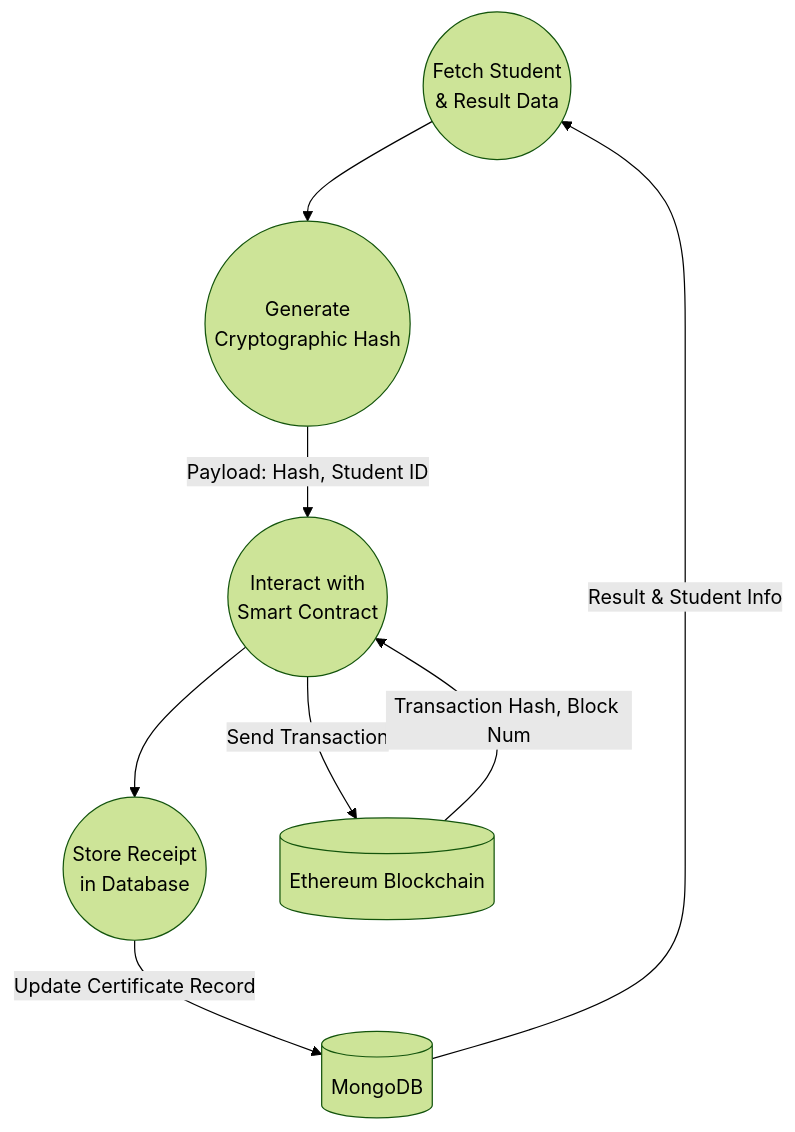
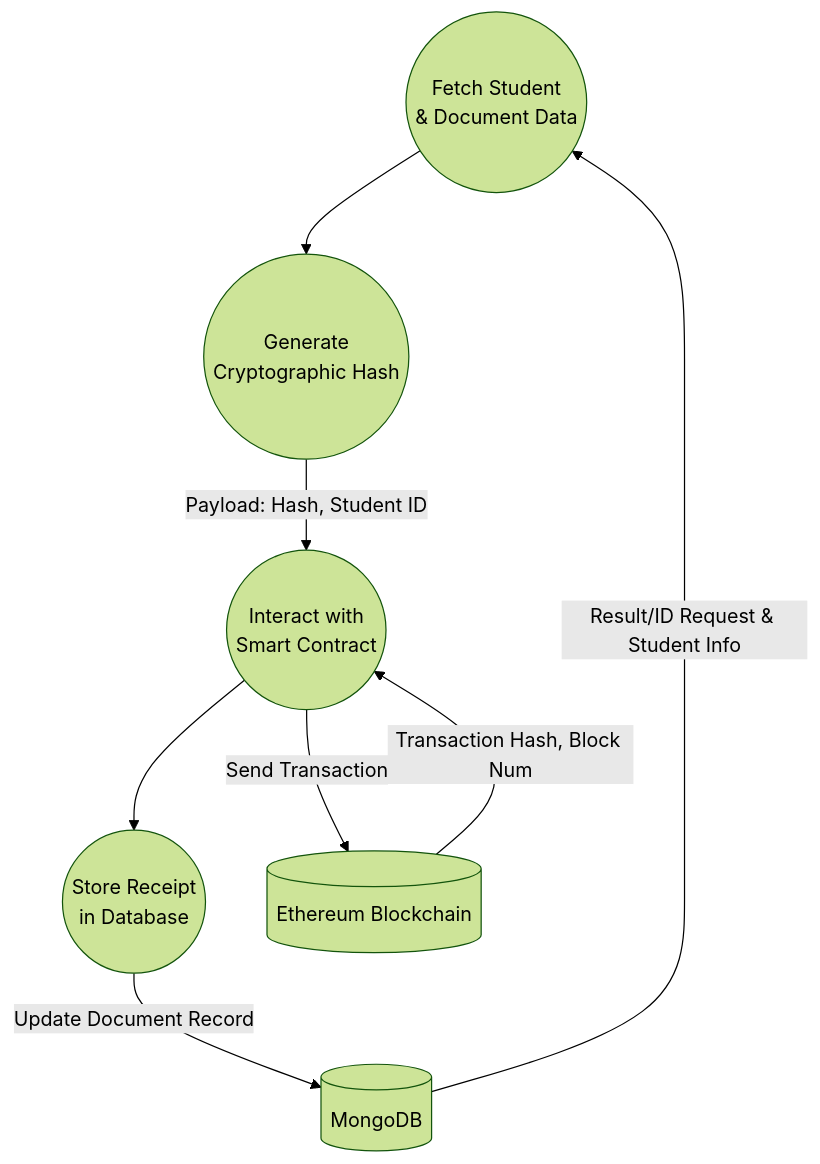
The fourth of 4 diagrams in README.md (saikatssg/student-education-portal), drawn with Mermaid (forest theme) before and after one commit. The commit also changed other lines of this file, not shown here.

````diff
--- a/README.md
+++ b/README.md
@@ -159,18 +186,18 @@
 ```mermaid
 flowchart TD
-    P2_1((Fetch Student \n & Result Data))
+    P2_1((Fetch Student \n & Document Data))
     P2_2((Generate \n Cryptographic Hash))
     P2_3((Interact with \n Smart Contract))
     P2_4((Store Receipt \n in Database))
     
     DB[(MongoDB)]
     BC[(Ethereum Blockchain)]
 
-    DB --> |Result & Student Info| P2_1
+    DB --> |Result/ID Request & Student Info| P2_1
     P2_1 --> P2_2
     P2_2 --> |Payload: Hash, Student ID| P2_3
     P2_3 --> |Send Transaction| BC
     BC --> |Transaction Hash, Block Num| P2_3
     P2_3 --> P2_4
-    P2_4 --> |Update Certificate Record| DB
+    P2_4 --> |Update Document Record| DB
 ```
````
